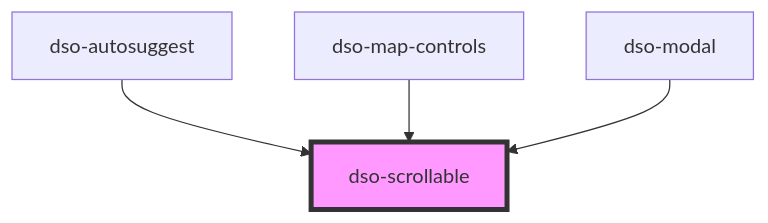
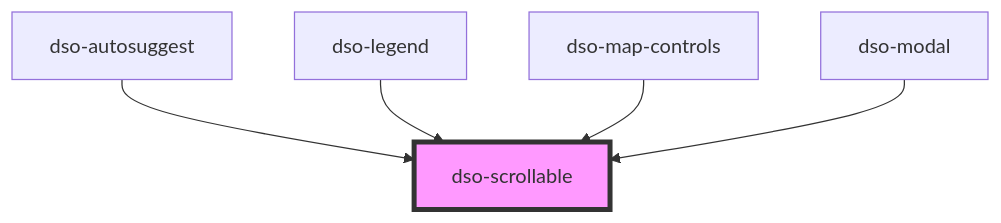
Before and after one commit to dso-toolkit/dso-toolkit: the diagram in packages/core/src/components/scrollable/readme.md, drawn with Mermaid. The commit also changed other lines of this file and 22 other files, not shown here.

````diff
--- a/packages/core/src/components/scrollable/readme.md
+++ b/packages/core/src/components/scrollable/readme.md
@@ -22,7 +23,8 @@
 ```mermaid
 graph TD;
   dso-autosuggest --> dso-scrollable
+  dso-legend --> dso-scrollable
   dso-map-controls --> dso-scrollable
   dso-modal --> dso-scrollable
   style dso-scrollable fill:#f9f,stroke:#333,stroke-width:4px
 ```
````
